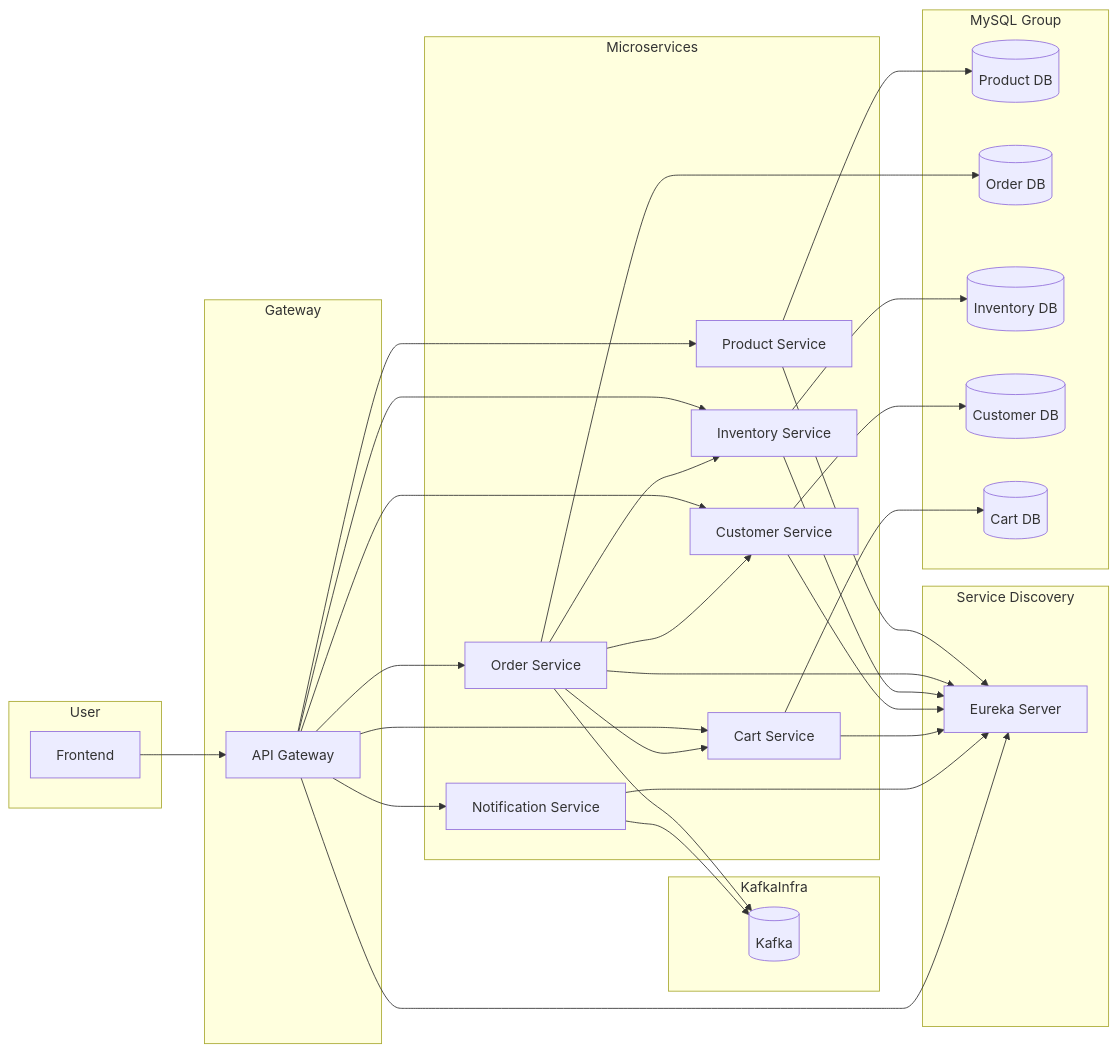
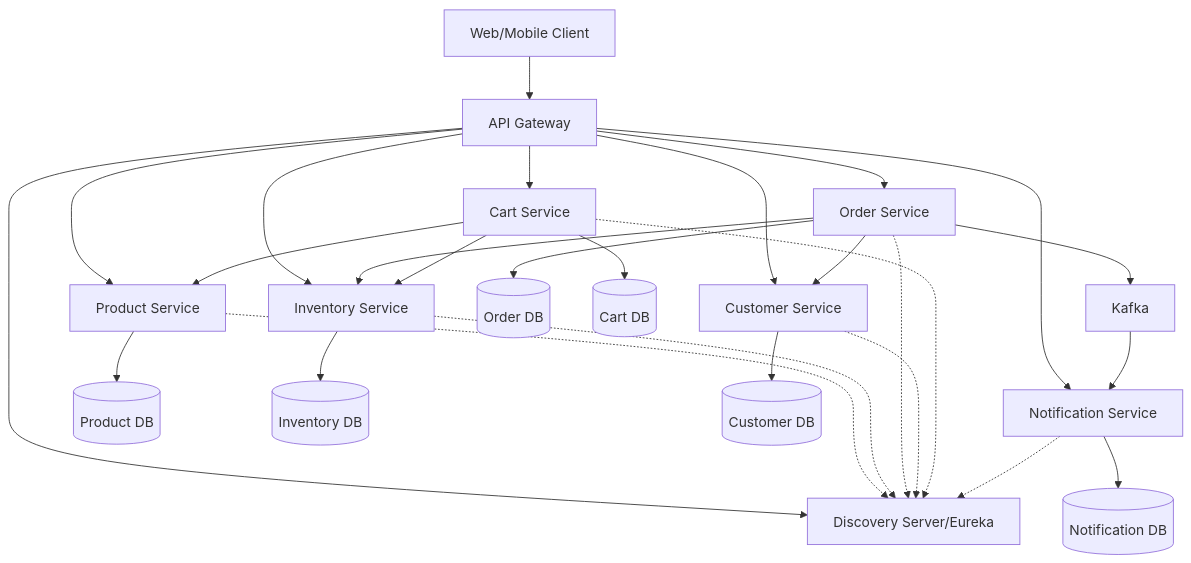
Before and after one commit to CongHuaan/linhtinh: the first of 2 diagrams in test.md, drawn with Mermaid. The commit also changed other lines of this file, not shown here.

````diff
--- a/test.md
+++ b/test.md
@@ -58,60 +159,33 @@
 ```mermaid
-graph LR
-    subgraph User
-        FE[Frontend]
-    end
-
-    subgraph Gateway
-        GW[API Gateway]
-    end
-
-    subgraph Service Discovery
-        Eureka[Eureka Server]
-    end
-
-    subgraph KafkaInfra
-        Kafka[(Kafka)]
-    end
-
-    subgraph MySQL Group
-        MySQL_product[(Product DB)]
-        MySQL_order[(Order DB)]
-        MySQL_inventory[(Inventory DB)]
-        MySQL_customer[(Customer DB)]
-        MySQL_cart[(Cart DB)]
-    end
-
-    subgraph Microservices
-        ProductSvc[Product Service]
-        OrderSvc[Order Service]
-        InventorySvc[Inventory Service]
-        CustomerSvc[Customer Service]
-        CartSvc[Cart Service]
-        NotificationSvc[Notification Service]
-    end
-
-    FE --> GW
-    GW --> ProductSvc & OrderSvc & InventorySvc & CustomerSvc & CartSvc & NotificationSvc
-
-    ProductSvc --> MySQL_product
-    OrderSvc --> MySQL_order
-    InventorySvc --> MySQL_inventory
-    CustomerSvc --> MySQL_customer
-    CartSvc --> MySQL_cart
-
-    ProductSvc --> Eureka
-    OrderSvc --> Eureka
-    InventorySvc --> Eureka
-    CustomerSvc --> Eureka
-    CartSvc --> Eureka
-    NotificationSvc --> Eureka
-    GW --> Eureka
-
-    OrderSvc --> Kafka
-    NotificationSvc --> Kafka
-
-    OrderSvc --> CustomerSvc
-    OrderSvc --> InventorySvc
-    OrderSvc --> CartSvc
-
+graph TD
+    Client[Web/Mobile Client] --> Gateway[API Gateway]
+    Gateway --> DS[Discovery Server/Eureka]
+    Gateway --> PS[Product Service]
+    Gateway --> IS[Inventory Service]
+    Gateway --> OS[Order Service]
+    Gateway --> CS[Customer Service]
+    Gateway --> CaS[Cart Service]
+    Gateway --> NS[Notification Service]
+    
+    PS --> PDB[(Product DB)]
+    IS --> IDB[(Inventory DB)]
+    OS --> ODB[(Order DB)]
+    CS --> CDB[(Customer DB)]
+    CaS --> CaDB[(Cart DB)]
+    NS --> NDB[(Notification DB)]
+    
+    OS --> Kafka[Kafka]
+    Kafka --> NS
+    
+    PS -.-> DS
+    IS -.-> DS
+    OS -.-> DS
+    CS -.-> DS
+    CaS -.-> DS
+    NS -.-> DS
+    
+    OS --> IS
+    CaS --> PS
+    CaS --> IS
+    OS --> CS
 ```
````
